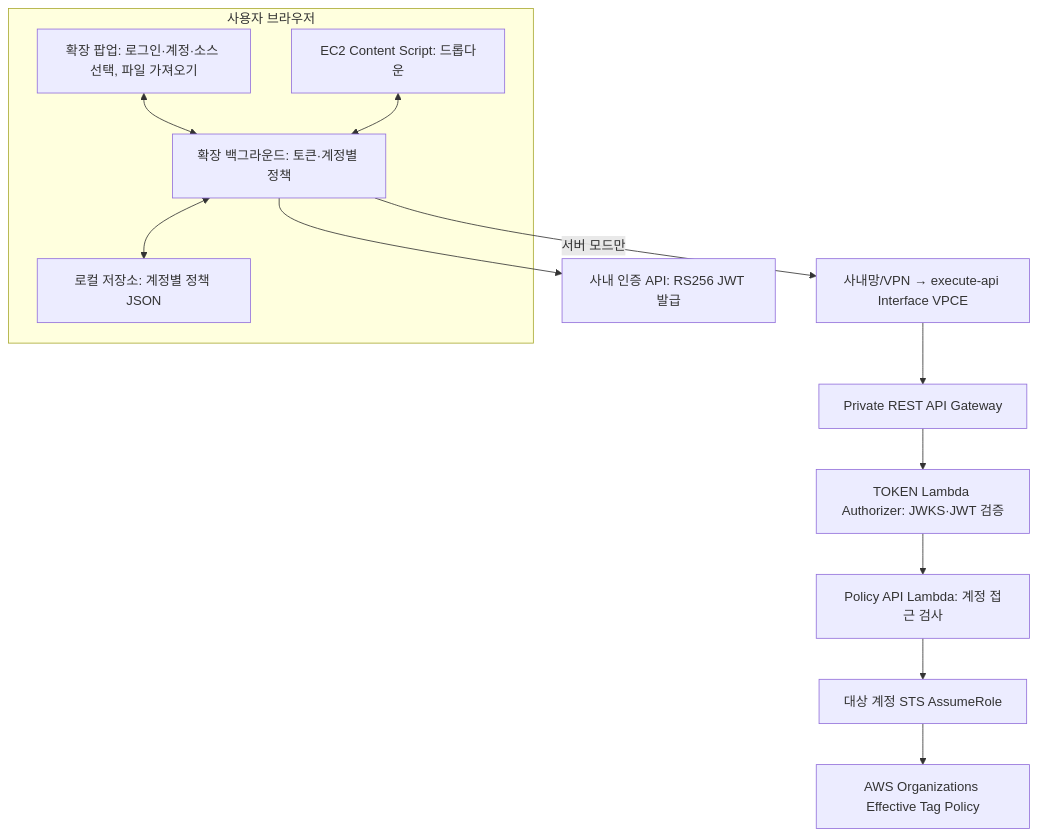
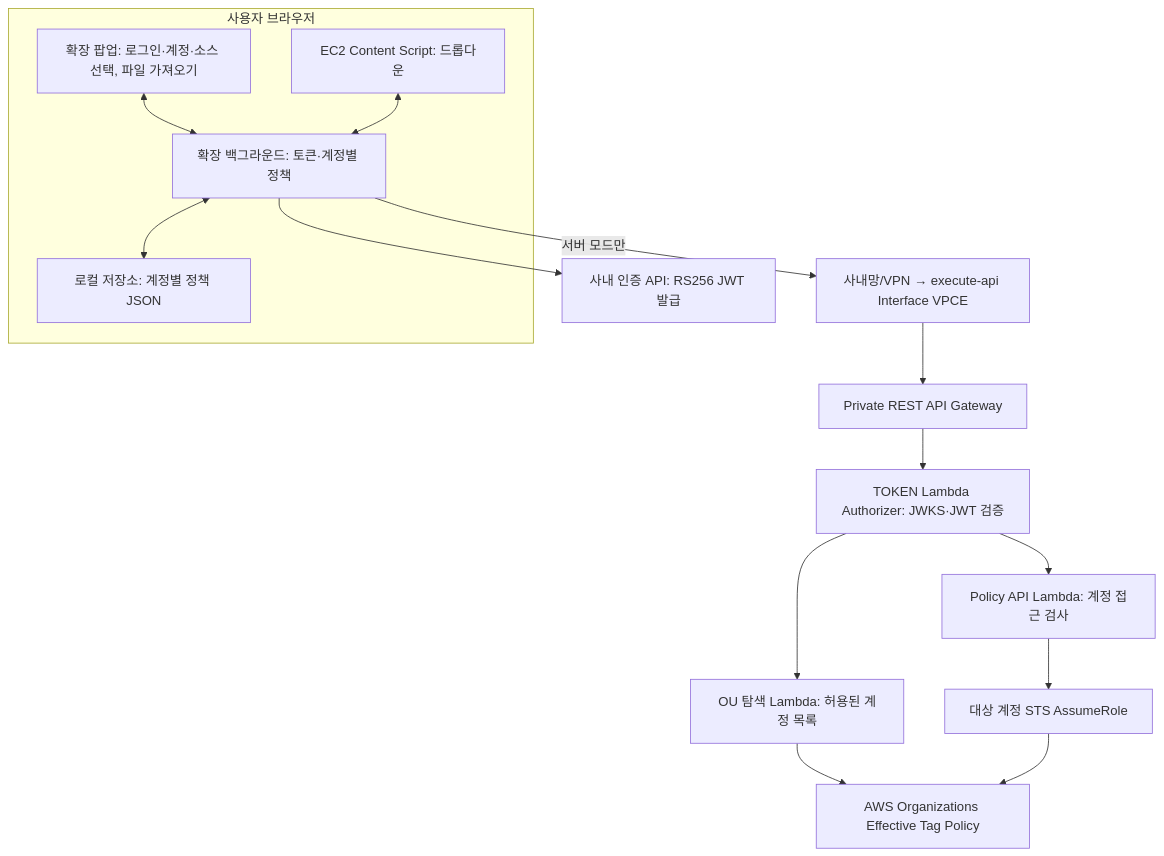
One commit to goldencat-sbyoon/aws-tag-extension changed the first of 6 diagrams in docs/ARCHITECTURE.md. Above: the diagram before and after it, drawn with Mermaid. The commit also changed other lines of this file and 16 other files, not shown here.

````diff
--- a/docs/ARCHITECTURE.md
+++ b/docs/ARCHITECTURE.md
@@ -5,26 +5,29 @@
 ```mermaid
 flowchart TB
   subgraph Browser["사용자 브라우저"]
     P["확장 팝업: 로그인·계정·소스 선택, 파일 가져오기"]
     B["확장 백그라운드: 토큰·계정별 정책"]
     C["EC2 Content Script: 드롭다운"]
     F["로컬 저장소: 계정별 정책 JSON"]
     P <--> B
     C <--> B
     B <--> F
   end
   I["사내 인증 API: RS256 JWT 발급"]
   V["사내망/VPN → execute-api Interface VPCE"]
   G["Private REST API Gateway"]
   A["TOKEN Lambda Authorizer: JWKS·JWT 검증"]
   L["Policy API Lambda: 계정 접근 검사"]
+  D["OU 탐색 Lambda: 허용된 계정 목록"]
   T["대상 계정 STS AssumeRole"]
   O["AWS Organizations Effective Tag Policy"]
   B --> I
   B -->|"서버 모드만"| V
   V --> G
   G --> A
   A --> L
+  A --> D
+  D --> O
   L --> T
   T --> O
 ```
````
